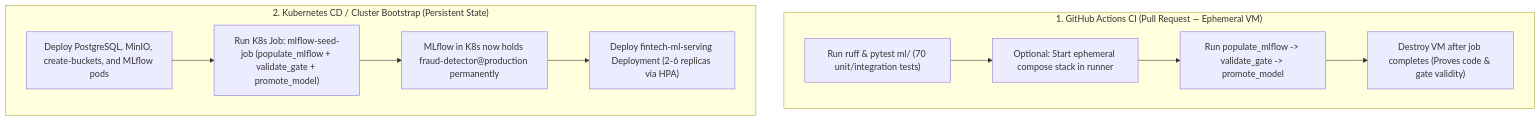
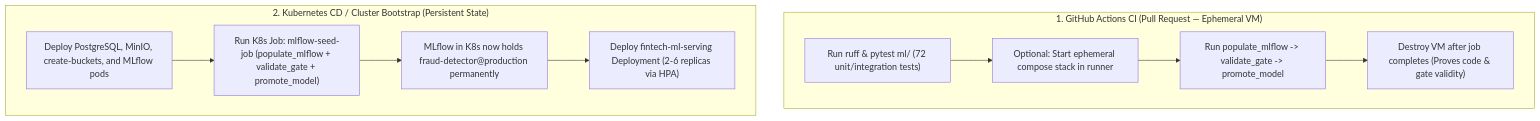
The third of 3 diagrams in docs/mlops-serving-team-handoff.md (Oubay-S/fintech-mlops-platform), drawn with Mermaid before and after one commit. The commit also changed other lines of this file and 5 other files, not shown here.

````diff
--- a/docs/mlops-serving-team-handoff.md
+++ b/docs/mlops-serving-team-handoff.md
@@ -242,18 +242,18 @@
 ```mermaid
 flowchart TD
     subgraph CI ["1. GitHub Actions CI (Pull Request — Ephemeral VM)"]
-        CI1["Run ruff & pytest ml/ (70 unit/integration tests)"]
+        CI1["Run ruff & pytest ml/ (72 unit/integration tests)"]
         CI2["Optional: Start ephemeral compose stack in runner"]
         CI3["Run populate_mlflow -> validate_gate -> promote_model"]
         CI4["Destroy VM after job completes (Proves code & gate validity)"]
         CI1 --> CI2 --> CI3 --> CI4
     end
 
     subgraph CD ["2. Kubernetes CD / Cluster Bootstrap (Persistent State)"]
         CD1["Deploy PostgreSQL, MinIO, create-buckets, and MLflow pods"]
         CD2["Run K8s Job: mlflow-seed-job (populate_mlflow + validate_gate + promote_model)"]
         CD3["MLflow in K8s now holds fraud-detector@production permanently"]
         CD4["Deploy fintech-ml-serving Deployment (2-6 replicas via HPA)"]
         CD1 --> CD2 --> CD3 --> CD4
     end
 ```
````
